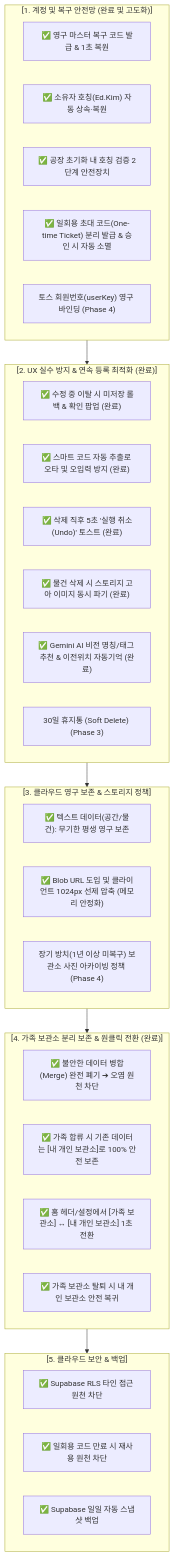
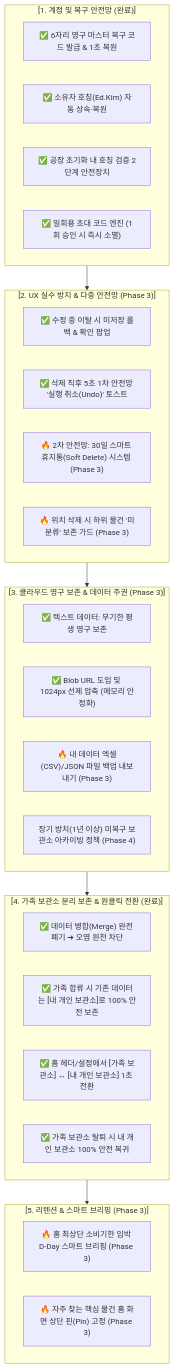
The second of 3 diagrams in docs/roadmap_and_summary.md (tauriqon/where-is-it), drawn with Mermaid before and after one commit. The commit also changed other lines of this file, not shown here.

Commit message:
docs: kick off Phase 3 master roadmap for v1.2.0 (v1.1.0-b00285)

````diff
--- a/docs/roadmap_and_summary.md
+++ b/docs/roadmap_and_summary.md
@@ -79,43 +57,40 @@
 ```mermaid
 flowchart TD
-    subgraph S1["[1. 계정 및 복구 안전망 (완료 및 고도화)]"]
-        S1_1["✅ 영구 마스터 복구 코드 발급 & 1초 복원"]
+    subgraph S1["[1. 계정 및 복구 안전망 (완료)]"]
+        S1_1["✅ 6자리 영구 마스터 복구 코드 발급 & 1초 복원"]
         S1_2["✅ 소유자 호칭(Ed.Kim) 자동 상속·복원"]
         S1_3["✅ 공장 초기화 내 호칭 검증 2단계 안전장치"]
-        S1_4["✅ 일회용 초대 코드(One-time Ticket) 분리 발급 & 승인 시 자동 소멸"]
-        S1_5["토스 회원번호(userKey) 영구 바인딩 (Phase 4)"]
+        S1_4["✅ 일회용 초대 코드 엔진 (1회 승인 시 즉시 소멸)"]
     end
 
-    subgraph S2["[2. UX 실수 방지 & 연속 등록 최적화 (완료)]"]
-        S2_1["✅ 수정 중 이탈 시 미저장 롤백 & 확인 팝업 (완료)"]
-        S2_2["✅ 스마트 코드 자동 추출로 오타 및 오입력 방지 (완료)"]
-        S2_3["✅ 삭제 직후 5초 '실행 취소(Undo)' 토스트 (완료)"]
-        S2_4["✅ 물건 삭제 시 스토리지 고아 이미지 동시 파기 (완료)"]
-        S2_5["✅ Gemini AI 비전 명칭/태그 추천 & 이전위치 자동기억 (완료)"]
-        S2_6["30일 휴지통 (Soft Delete) (Phase 3)"]
+    subgraph S2["[2. UX 실수 방지 & 다중 안전망 (Phase 3)]"]
+        S2_1["✅ 수정 중 이탈 시 미저장 롤백 & 확인 팝업"]
+        S2_2["✅ 삭제 직후 5초 1차 안전망 '실행 취소(Undo)' 토스트"]
+        S2_3["🔥 2차 안전망: 30일 스마트 휴지통(Soft Delete) 시스템 (Phase 3)"]
+        S2_4["🔥 위치 삭제 시 하위 물건 '미분류' 보존 가드 (Phase 3)"]
     end
 
-    subgraph S3["[3. 클라우드 영구 보존 & 스토리지 정책]"]
-        S3_1["✅ 텍스트 데이터(공간/물건): 무기한 평생 영구 보존"]
-        S3_2["✅ Blob URL 도입 및 클라이언트 1024px 선제 압축 (메모리 안정화)"]
-        S3_3["장기 방치(1년 이상 미복구) 보관소 사진 아카이빙 정책 (Phase 4)"]
+    subgraph S3["[3. 클라우드 영구 보존 & 데이터 주권 (Phase 3)]"]
+        S3_1["✅ 텍스트 데이터: 무기한 평생 영구 보존"]
+        S3_2["✅ Blob URL 도입 및 1024px 선제 압축 (메모리 안정화)"]
+        S3_3["🔥 내 데이터 엑셀(CSV)/JSON 파일 백업 내보내기 (Phase 3)"]
+        S3_4["장기 방치(1년 이상) 미복구 보관소 아카이빙 정책 (Phase 4)"]
     end
 
     subgraph S4["[4. 가족 보관소 분리 보존 & 원클릭 전환 (완료)]"]
-        S4_1["✅ 불안한 데이터 병합(Merge) 완전 폐기 ➔ 오염 원천 차단"]
+        S4_1["✅ 데이터 병합(Merge) 완전 폐기 ➔ 오염 원천 차단"]
         S4_2["✅ 가족 합류 시 기존 데이터는 [내 개인 보관소]로 100% 안전 보존"]
         S4_3["✅ 홈 헤더/설정에서 [가족 보관소] ↔ [내 개인 보관소] 1초 전환"]
-        S4_4["✅ 가족 보관소 탈퇴 시 내 개인 보관소 안전 복귀"]
+        S4_4["✅ 가족 보관소 탈퇴 시 내 개인 보관소 100% 안전 복귀"]
     end
 
-    subgraph S5["[5. 클라우드 보안 & 백업]"]
-        S5_1["✅ Supabase RLS 타인 접근 원천 차단"]
-        S5_2["✅ 일회용 코드 만료 시 재사용 원천 차단"]
-        S5_3["✅ Supabase 일일 자동 스냅샷 백업"]
+    subgraph S5["[5. 리텐션 & 스마트 브리핑 (Phase 3)]"]
+        S5_1["🔥 홈 최상단 소비기한 임박 D-Day 스마트 브리핑 (Phase 3)"]
+        S5_2["🔥 자주 찾는 핵심 물건 홈 화면 상단 핀(Pin) 고정 (Phase 3)"]
     end
 
     S1 --> S2
     S2 --> S3
     S3 --> S4
     S4 --> S5
 ```
````
